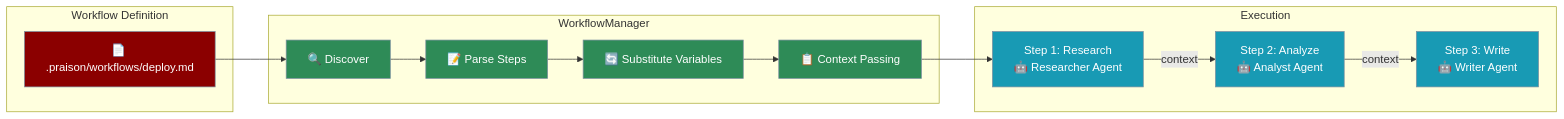
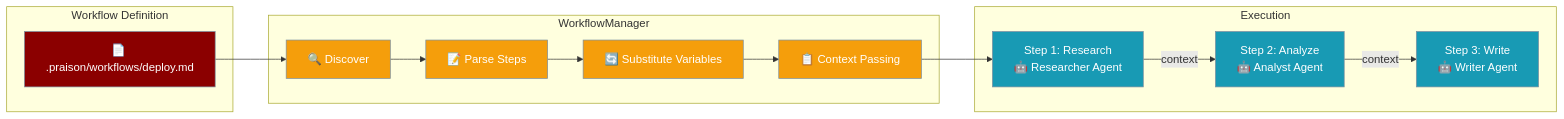
One commit to MervinPraison/PraisonAIDocs changed the first of 4 diagrams in docs/features/workflows.mdx. Above: the diagram before and after it, drawn with Mermaid. The commit also changed other lines of this file and 6 other files, not shown here.

````diff
--- a/docs/features/workflows.mdx
+++ b/docs/features/workflows.mdx
@@ -11,35 +12,35 @@
 ```mermaid
 graph LR
     subgraph "Workflow Definition"
         MD["📄 .praison/workflows/deploy.md"]
     end
     
     subgraph "WorkflowManager"
         DISCOVER["🔍 Discover"]
         PARSE["📝 Parse Steps"]
         VARS["🔄 Substitute Variables"]
         CTX["📋 Context Passing"]
     end
     
     subgraph "Execution"
         STEP1["Step 1: Research<br/>🤖 Researcher Agent"]
         STEP2["Step 2: Analyze<br/>🤖 Analyst Agent"]
         STEP3["Step 3: Write<br/>🤖 Writer Agent"]
     end
     
     MD --> DISCOVER
     DISCOVER --> PARSE
     PARSE --> VARS
     VARS --> CTX
     CTX --> STEP1
     STEP1 -->|"context"| STEP2
     STEP2 -->|"context"| STEP3
     
     classDef def fill:#8B0000,stroke:#7C90A0,color:#fff
-    classDef manager fill:#2E8B57,stroke:#7C90A0,color:#fff
+    classDef manager fill:#F59E0B,stroke:#7C90A0,color:#fff
     classDef exec fill:#189AB4,stroke:#7C90A0,color:#fff
     
     class MD def
     class DISCOVER,PARSE,VARS,CTX manager
     class STEP1,STEP2,STEP3 exec
 ```
````
